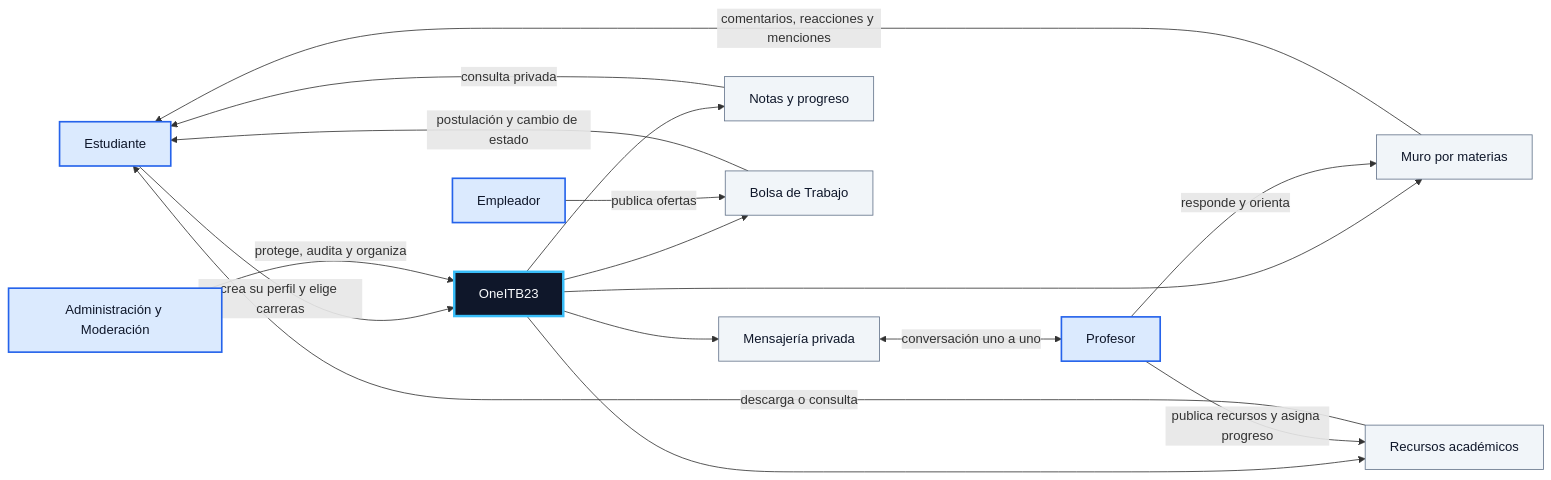
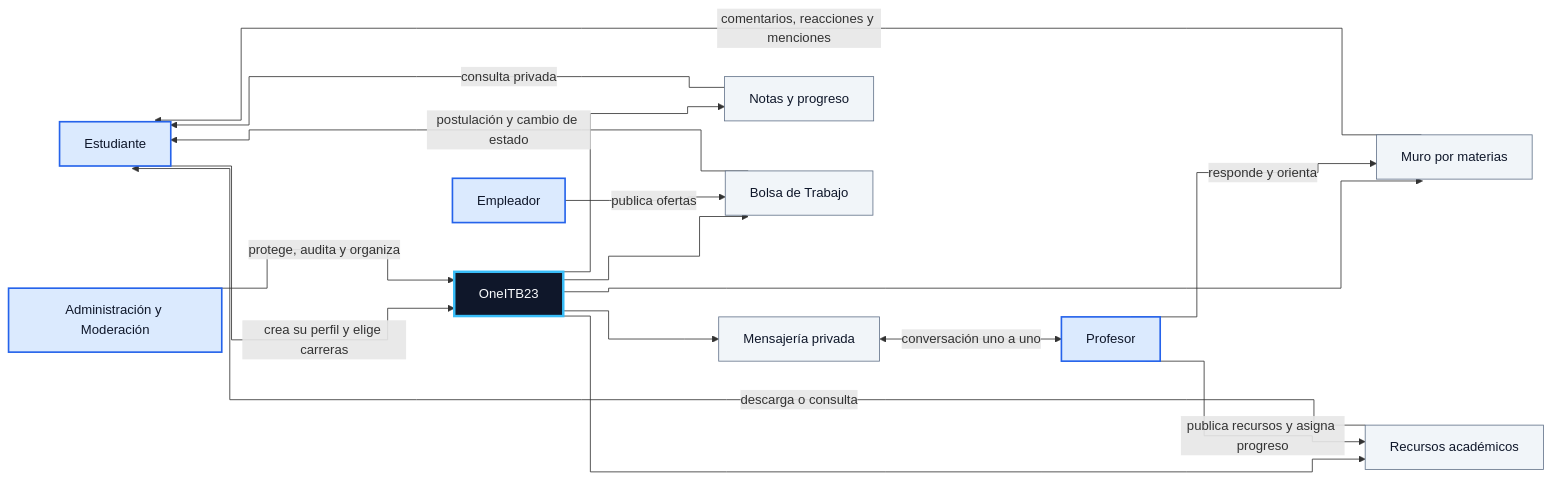
The first of 10 diagrams in docs/entrega_final/DOCUMENTO_BASE_PRACTICA_PROFESIONAL.md (fagdiaz/OneITB), drawn with Mermaid before and after one commit. The commit also changed other lines of this file and 3 other files, not shown here.

Commit message:
docs: finalize UML memoria and layout guide

````diff
--- a/docs/entrega_final/DOCUMENTO_BASE_PRACTICA_PROFESIONAL.md
+++ b/docs/entrega_final/DOCUMENTO_BASE_PRACTICA_PROFESIONAL.md
@@ -84,26 +84,27 @@
 ```mermaid
+%%{init: {"flowchart": {"curve": "step"}}}%%
 flowchart LR
     A["Estudiante"] -->|"crea su perfil y elige carreras"| P["OneITB23"]
     P --> M["Muro por materias"]
     P --> R["Recursos académicos"]
     P --> C["Mensajería privada"]
     P --> N["Notas y progreso"]
     P --> E["Bolsa de Trabajo"]
 
     D["Profesor"] -->|"publica recursos y asigna progreso"| R
     D -->|"responde y orienta"| M
     B["Empleador"] -->|"publica ofertas"| E
     E -->|"postulación y cambio de estado"| A
     C <-->|"conversación uno a uno"| D
     M -->|"comentarios, reacciones y menciones"| A
     R -->|"descarga o consulta"| A
     N -->|"consulta privada"| A
     X["Administración y Moderación"] -->|"protege, audita y organiza"| P
 
     classDef person fill:#dbeafe,stroke:#2563eb,color:#0f172a,stroke-width:2px;
     classDef platform fill:#0f172a,stroke:#38bdf8,color:#f8fafc,stroke-width:3px;
     classDef module fill:#f1f5f9,stroke:#64748b,color:#0f172a;
     class A,D,B,X person;
     class P platform;
     class M,R,C,N,E module;
 ```
````
